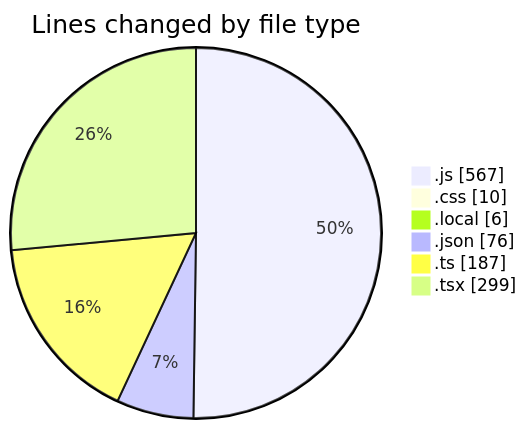
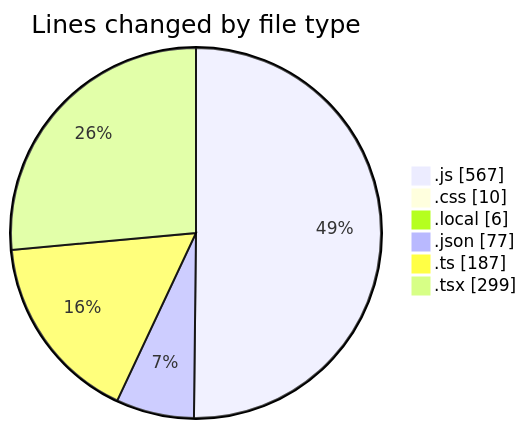
Before and after one commit to Ritupan-Deka/code-tracking: the first of 2 diagrams in 2025-05-04/houserentalservice/README.md, drawn with Mermaid. The commit also changed other lines of this file and 1 other file, not shown here.

````diff
--- a/2025-05-04/houserentalservice/README.md
+++ b/2025-05-04/houserentalservice/README.md
@@ -51,10 +51,10 @@
 ```mermaid
 pie showData
 title Lines changed by file type
 ".js" : 567
 ".css" : 10
 ".local" : 6
-".json" : 76
+".json" : 77
 ".ts" : 187
 ".tsx" : 299
 ```
````
